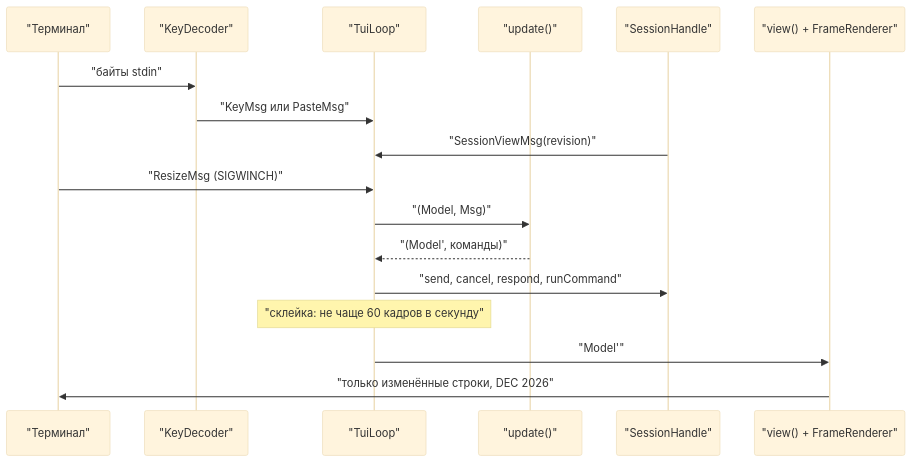
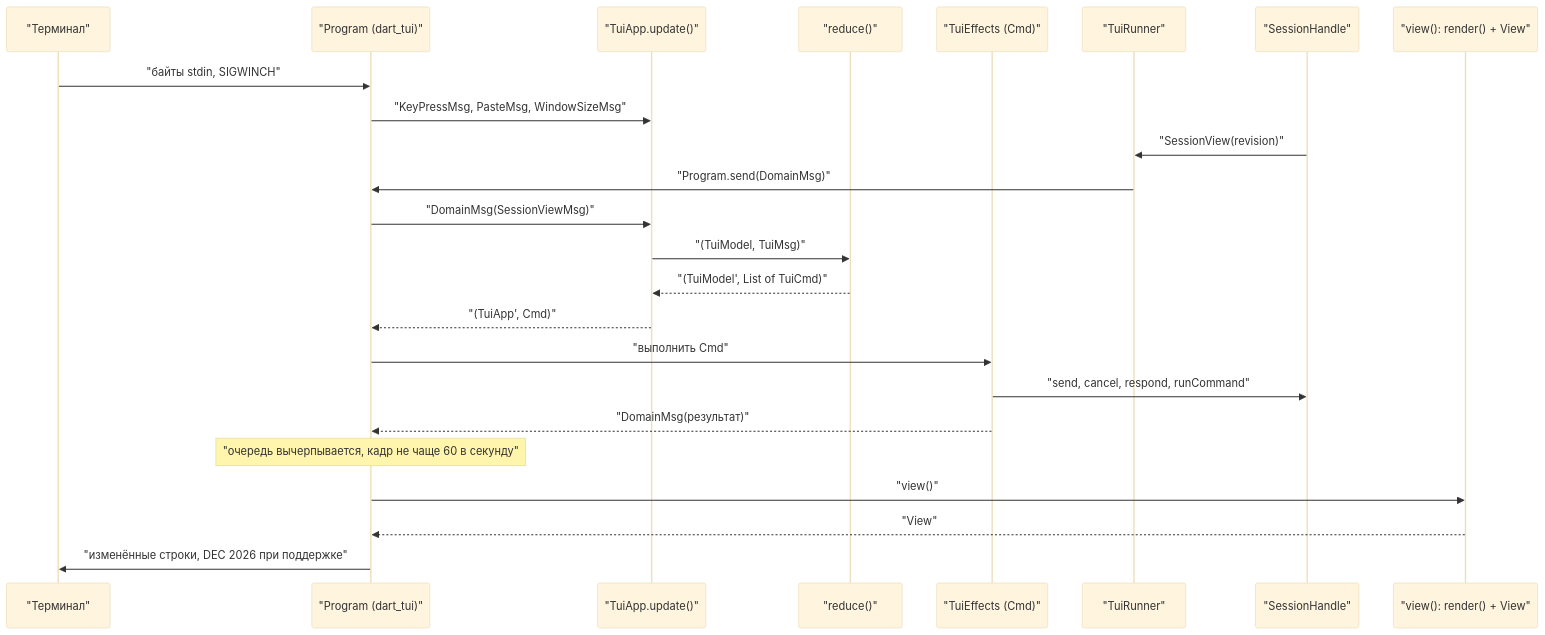
One commit to pese-git/codelab-app changed the diagram in docs/architecture/proposals/dart-agent-and-clients/12-2-cli-display-and-input.md. Above: the diagram before and after it, drawn with Mermaid (base theme). The commit also changed other lines of this file and 7 other files, not shown here.

Commit message:
docs: реализовать полноэкранный TUI codelab_cli на dart_tui и добавить его в технологический стек

````diff
--- a/docs/architecture/proposals/dart-agent-and-clients/12-2-cli-display-and-input.md
+++ b/docs/architecture/proposals/dart-agent-and-clients/12-2-cli-display-and-input.md
@@ -251,19 +316,26 @@
 ```mermaid
 sequenceDiagram
     participant T as "Терминал"
-    participant D as "KeyDecoder"
-    participant L as "TuiLoop"
-    participant U as "update()"
+    participant P as "Program (dart_tui)"
+    participant A as "TuiApp.update()"
+    participant R as "reduce()"
+    participant E as "TuiEffects (Cmd)"
+    participant W as "TuiRunner"
     participant K as "SessionHandle"
-    participant V as "view() + FrameRenderer"
-    T->>D: "байты stdin"
-    D->>L: "KeyMsg или PasteMsg"
-    K->>L: "SessionViewMsg(revision)"
-    T->>L: "ResizeMsg (SIGWINCH)"
-    L->>U: "(Model, Msg)"
-    U-->>L: "(Model', команды)"
-    L->>K: "send, cancel, respond, runCommand"
-    Note over L: "склейка: не чаще 60 кадров в секунду"
-    L->>V: "Model'"
-    V->>T: "только изменённые строки, DEC 2026"
+    participant V as "view(): render() + View"
+    T->>P: "байты stdin, SIGWINCH"
+    P->>A: "KeyPressMsg, PasteMsg, WindowSizeMsg"
+    K->>W: "SessionView(revision)"
+    W->>P: "Program.send(DomainMsg)"
+    P->>A: "DomainMsg(SessionViewMsg)"
+    A->>R: "(TuiModel, TuiMsg)"
+    R-->>A: "(TuiModel', List of TuiCmd)"
+    A-->>P: "(TuiApp', Cmd)"
+    P->>E: "выполнить Cmd"
+    E->>K: "send, cancel, respond, runCommand"
+    E-->>P: "DomainMsg(результат)"
+    Note over P: "очередь вычерпывается, кадр не чаще 60 в секунду"
+    P->>V: "view()"
+    V-->>P: "View"
+    P->>T: "изменённые строки, DEC 2026 при поддержке"
 ```
````
